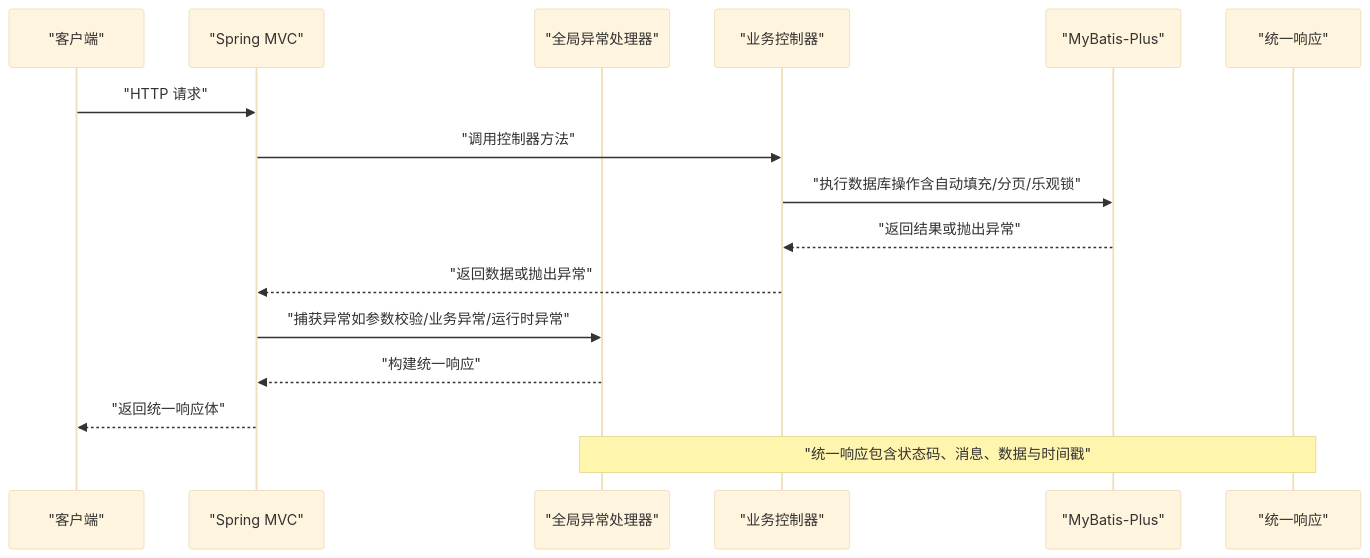
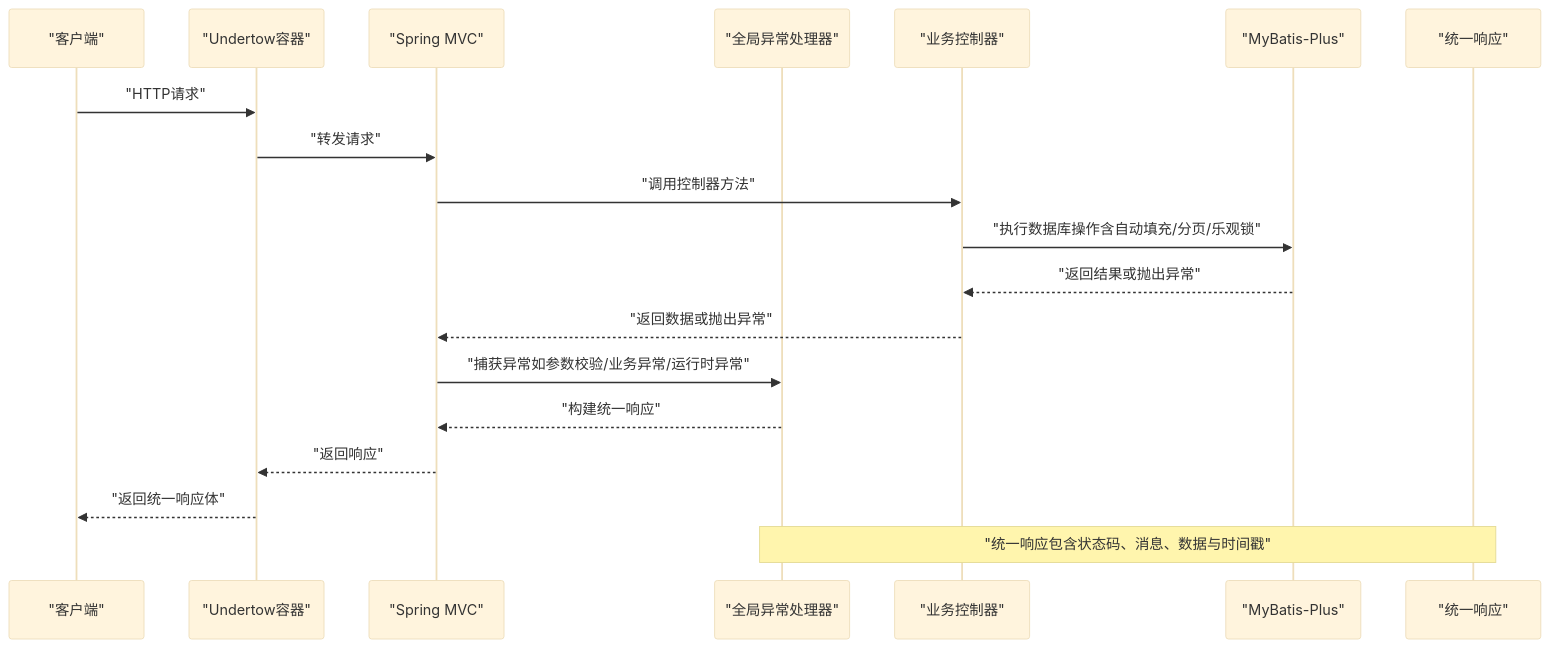
The second of 5 diagrams in .qoder/repowiki/zh/content/后端框架详解/核心模块/核心模块.md (yaomindong1996/forge-admin), drawn with Mermaid (base theme) before and after one commit. The commit also changed other lines of this file and 76 other files, not shown here.

````diff
--- a/.qoder/repowiki/zh/content/后端框架详解/核心模块/核心模块.md
+++ b/.qoder/repowiki/zh/content/后端框架详解/核心模块/核心模块.md
@@ -79,18 +94,21 @@
 ```mermaid
 sequenceDiagram
 participant C as "客户端"
+participant U as "Undertow容器"
 participant W as "Spring MVC"
 participant H as "全局异常处理器"
 participant S as "业务控制器"
 participant O as "MyBatis-Plus"
 participant R as "统一响应"
-C->>W : "HTTP 请求"
+C->>U : "HTTP请求"
+U->>W : "转发请求"
 W->>S : "调用控制器方法"
 S->>O : "执行数据库操作含自动填充/分页/乐观锁"
 O-->>S : "返回结果或抛出异常"
 S-->>W : "返回数据或抛出异常"
 W->>H : "捕获异常如参数校验/业务异常/运行时异常"
 H-->>W : "构建统一响应"
-W-->>C : "返回统一响应体"
+W-->>U : "返回响应"
+U-->>C : "返回统一响应体"
 Note over R,H : "统一响应包含状态码、消息、数据与时间戳"
 ```
````
